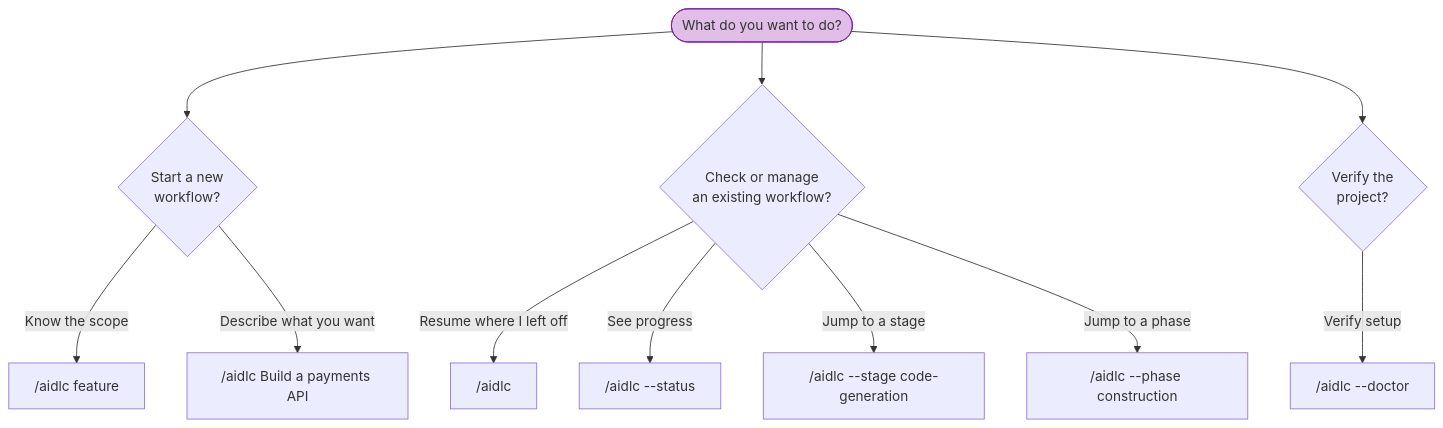
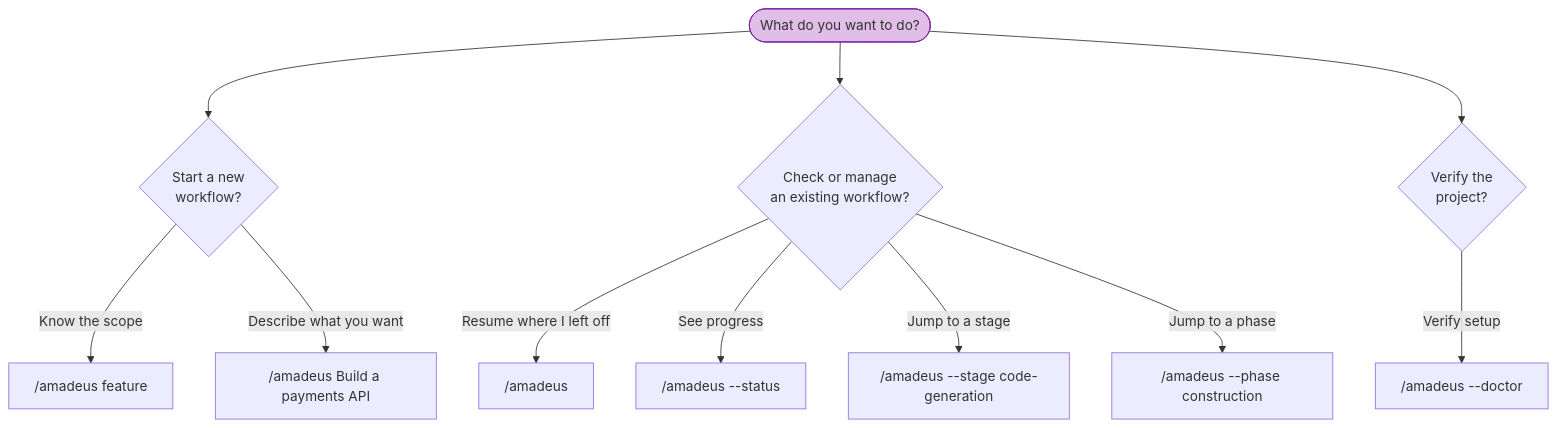
The diagram in docs/guide/12-cli-commands.md (amadeus-dlc/amadeus), drawn with Mermaid before and after one commit. The commit also changed other lines of this file and 855 other files, not shown here.

Commit message:
refactor: rename aidlc prefixes to amadeus

````diff
--- a/docs/guide/12-cli-commands.md
+++ b/docs/guide/12-cli-commands.md
@@ -37,30 +37,30 @@
 ```mermaid
 flowchart TD
     START(["What do you want to do?"])
 
     Q1{"Start a new\nworkflow?"}
     Q2{"Check or manage\nan existing workflow?"}
     Q3{"Verify the\nproject?"}
 
-    A1["/aidlc feature"]
-    A2["/aidlc Build a payments API"]
-    A3["/aidlc"]
-    A4["/aidlc --status"]
-    A5["/aidlc --stage code-generation"]
-    A6["/aidlc --phase construction"]
-    A8["/aidlc --doctor"]
+    A1["/amadeus feature"]
+    A2["/amadeus Build a payments API"]
+    A3["/amadeus"]
+    A4["/amadeus --status"]
+    A5["/amadeus --stage code-generation"]
+    A6["/amadeus --phase construction"]
+    A8["/amadeus --doctor"]
 
     START --> Q1
     START --> Q2
     START --> Q3
 
     Q1 -->|"Know the scope"| A1
     Q1 -->|"Describe what you want"| A2
     Q2 -->|"Resume where I left off"| A3
     Q2 -->|"See progress"| A4
     Q2 -->|"Jump to a stage"| A5
     Q2 -->|"Jump to a phase"| A6
     Q3 -->|"Verify setup"| A8
 
     style START fill:#e1bee7,stroke:#7b1fa2
 ```
````
